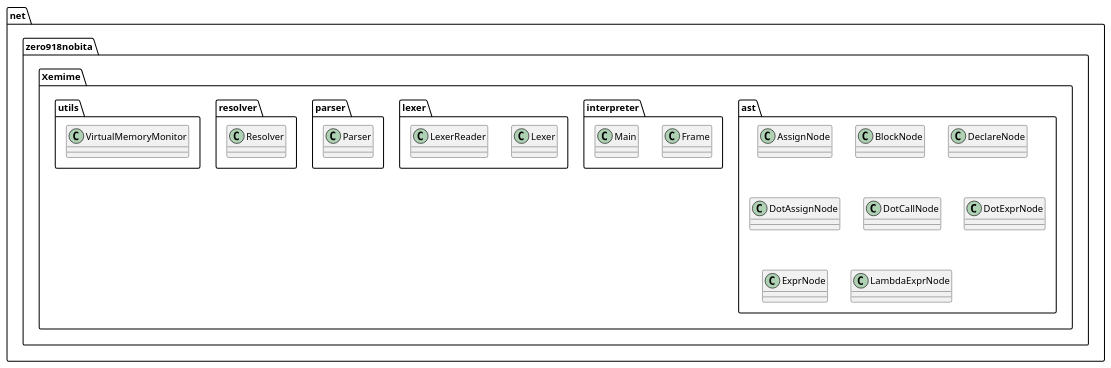
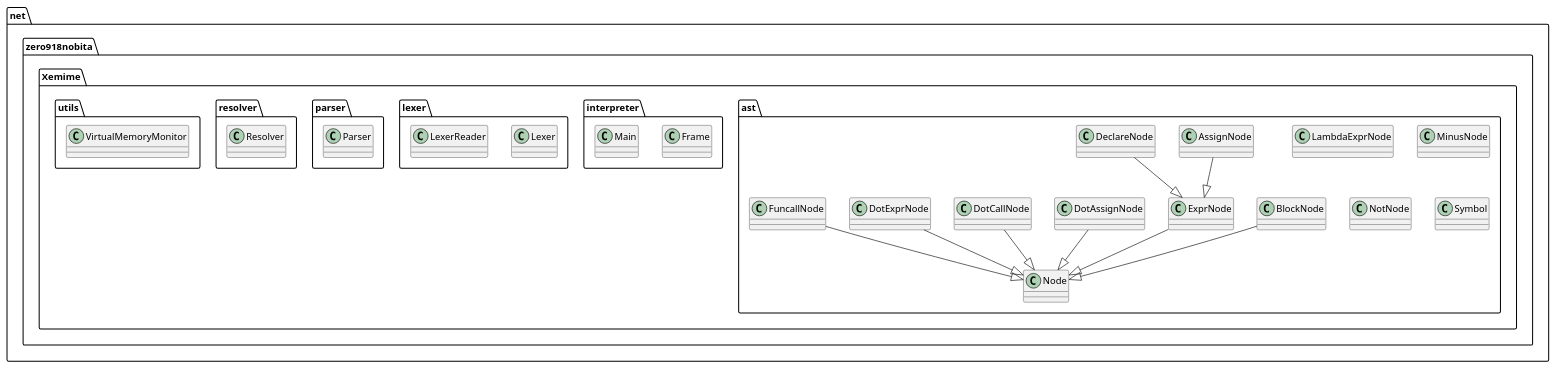
One commit to xemime-lang/xemime changed the diagram in docs/xemime.puml. Above: the diagram before and after it, drawn with PlantUML.

Commit message:
クラス図を更新した

```diff
--- a/docs/xemime.puml
+++ b/docs/xemime.puml
@@ -4,25 +4,56 @@
     class AssignNode {
     }
 
+    AssignNode --|> ExprNode
+
     class BlockNode {
     }
+
+    BlockNode --|> Node
 
     class DeclareNode {
     }
 
+    DeclareNode --|> ExprNode
+
     class DotAssignNode {
     }
+
+    DotAssignNode --|> Node
 
     class DotCallNode {
     }
 
+    DotCallNode --|> Node
+
     class DotExprNode {
     }
+
+    DotExprNode --|> Node
 
     class ExprNode {
     }
 
+    ExprNode --|> Node
+
+    class FuncallNode {
+    }
+
+    FuncallNode --|> Node
+
     class LambdaExprNode {
+    }
+
+    class MinusNode {
+    }
+
+    class Node {
+    }
+
+    class NotNode {
+    }
+
+    class Symbol {
     }
 }
 
```
